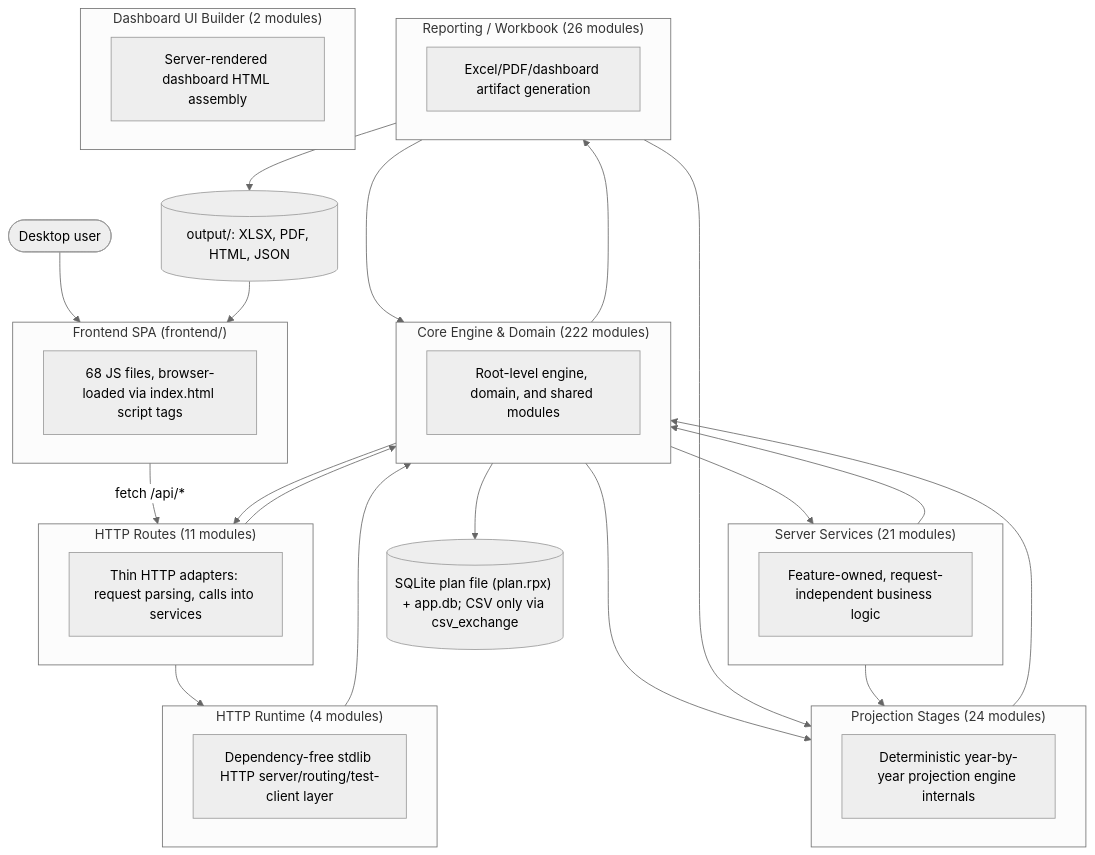
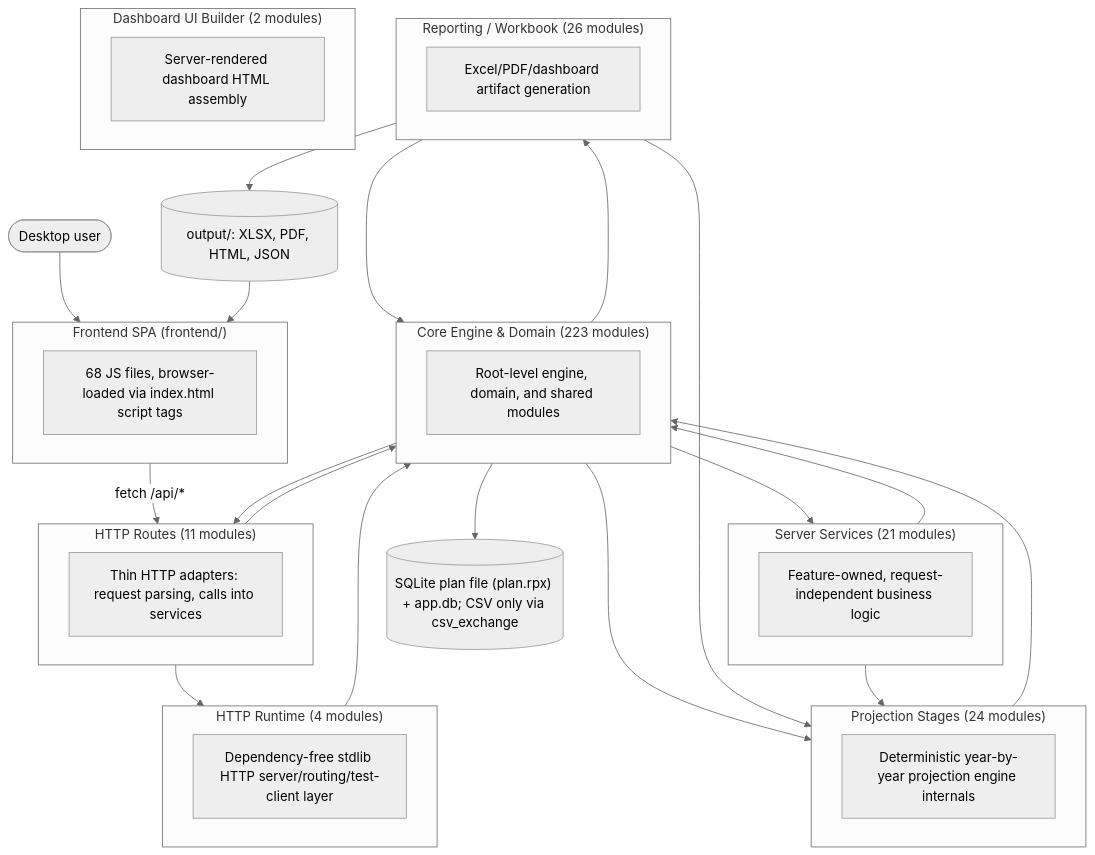
One commit to matthartzman/retirement_system changed the first of 2 diagrams in documentation/reference/SYSTEM_ARCHITECTURE_DIAGRAM.md. Above: the diagram before and after it, drawn with Mermaid (neutral theme). The commit also changed other lines of this file and 4 other files, not shown here.

````diff
--- a/documentation/reference/SYSTEM_ARCHITECTURE_DIAGRAM.md
+++ b/documentation/reference/SYSTEM_ARCHITECTURE_DIAGRAM.md
@@ -11,44 +11,44 @@
 ```mermaid
 flowchart TB
     User(["Desktop user"]) --> FE
     subgraph FE["Frontend SPA (frontend/)"]
         FEcount["68 JS files, browser-loaded via index.html script tags"]
     end
     FE -->|fetch /api/*| L_HTTP_Routes
     subgraph L_HTTP_Routes["HTTP Routes (11 modules)"]
         L_HTTP_Routes_d["Thin HTTP adapters: request parsing, calls into services"]
     end
     subgraph L_Server_Services["Server Services (21 modules)"]
         L_Server_Services_d["Feature-owned, request-independent business logic"]
     end
     subgraph L_HTTP_Runtime["HTTP Runtime (4 modules)"]
         L_HTTP_Runtime_d["Dependency-free stdlib HTTP server/routing/test-client layer"]
     end
-    subgraph L_Core_Engine___Domain["Core Engine & Domain (222 modules)"]
+    subgraph L_Core_Engine___Domain["Core Engine & Domain (223 modules)"]
         L_Core_Engine___Domain_d["Root-level engine, domain, and shared modules"]
     end
     subgraph L_Projection_Stages["Projection Stages (24 modules)"]
         L_Projection_Stages_d["Deterministic year-by-year projection engine internals"]
     end
     subgraph L_Reporting___Workbook["Reporting / Workbook (26 modules)"]
         L_Reporting___Workbook_d["Excel/PDF/dashboard artifact generation"]
     end
     subgraph L_Dashboard_UI_Builder["Dashboard UI Builder (2 modules)"]
         L_Dashboard_UI_Builder_d["Server-rendered dashboard HTML assembly"]
     end
     L_Core_Engine___Domain --> L_HTTP_Routes
     L_Core_Engine___Domain --> L_Projection_Stages
     L_Core_Engine___Domain --> L_Reporting___Workbook
     L_Core_Engine___Domain --> L_Server_Services
     L_HTTP_Routes --> L_Core_Engine___Domain
     L_HTTP_Routes --> L_HTTP_Runtime
     L_HTTP_Runtime --> L_Core_Engine___Domain
     L_Projection_Stages --> L_Core_Engine___Domain
     L_Reporting___Workbook --> L_Core_Engine___Domain
     L_Reporting___Workbook --> L_Projection_Stages
     L_Server_Services --> L_Core_Engine___Domain
     L_Server_Services --> L_Projection_Stages
     L_Core_Engine___Domain --> DB[("SQLite plan file (plan.rpx) + app.db; CSV only via csv_exchange")]
     L_Reporting___Workbook --> Outputs[("output/: XLSX, PDF, HTML, JSON")]
     Outputs --> FE
 ```
````
